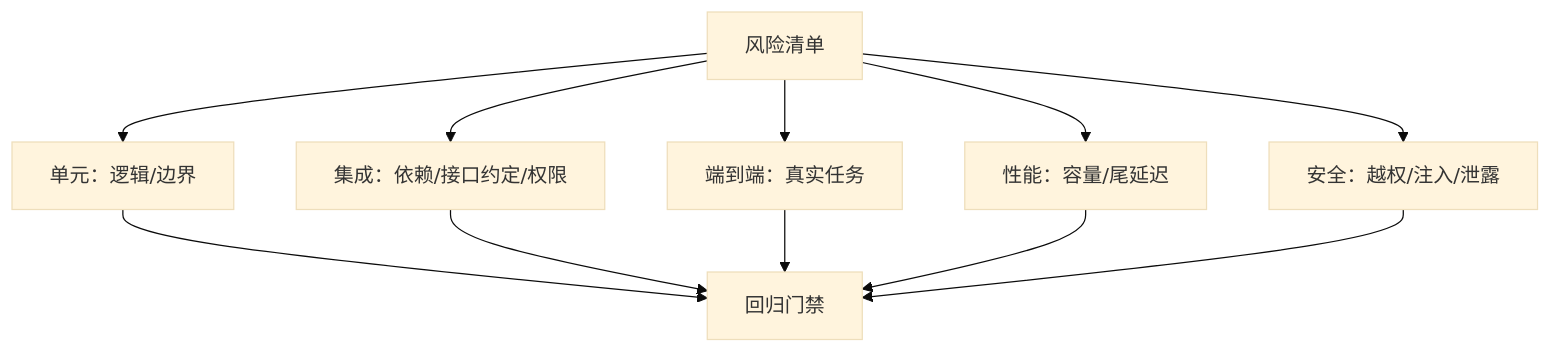
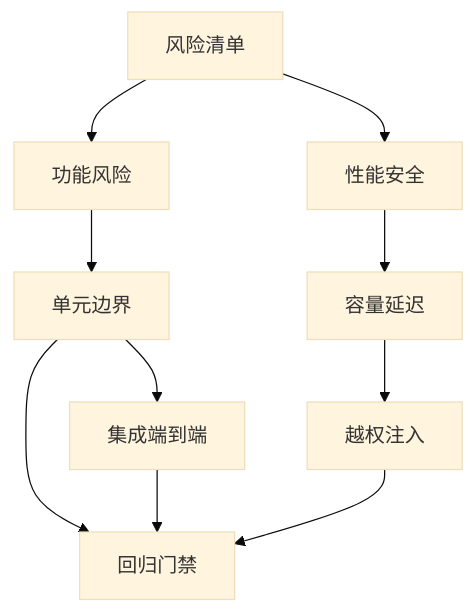
One commit to hub138/technical-knowledge changed the first of 3 diagrams in vault/工程知识/软件构建：让变化可以理解、验证与交付/测试与交付/测试策略从风险选择证据.md. Above: the diagram before and after it, drawn with Mermaid (base theme). The commit also changed other lines of this file and 622 other files, not shown here.

````diff
--- a/vault/工程知识/软件构建：让变化可以理解、验证与交付/测试与交付/测试策略从风险选择证据.md
+++ b/vault/工程知识/软件构建：让变化可以理解、验证与交付/测试与交付/测试策略从风险选择证据.md
@@ -26,13 +39,12 @@
 ```mermaid
 flowchart TB
-    R[风险清单] --> U[单元：逻辑/边界]
-R --> I[集成：依赖/接口约定/权限]
-    R --> E[端到端：真实任务]
-    R --> P[性能：容量/尾延迟]
-    R --> S[安全：越权/注入/泄露]
+    R[风险清单] --> F[功能风险]
+    R --> N[性能安全]
+    F --> U[单元边界]
+    U --> I[集成端到端]
+    N --> P[容量延迟]
+    P --> S[越权注入]
     U --> G[回归门禁]
     I --> G
-    E --> G
-    P --> G
     S --> G
 ```
````
